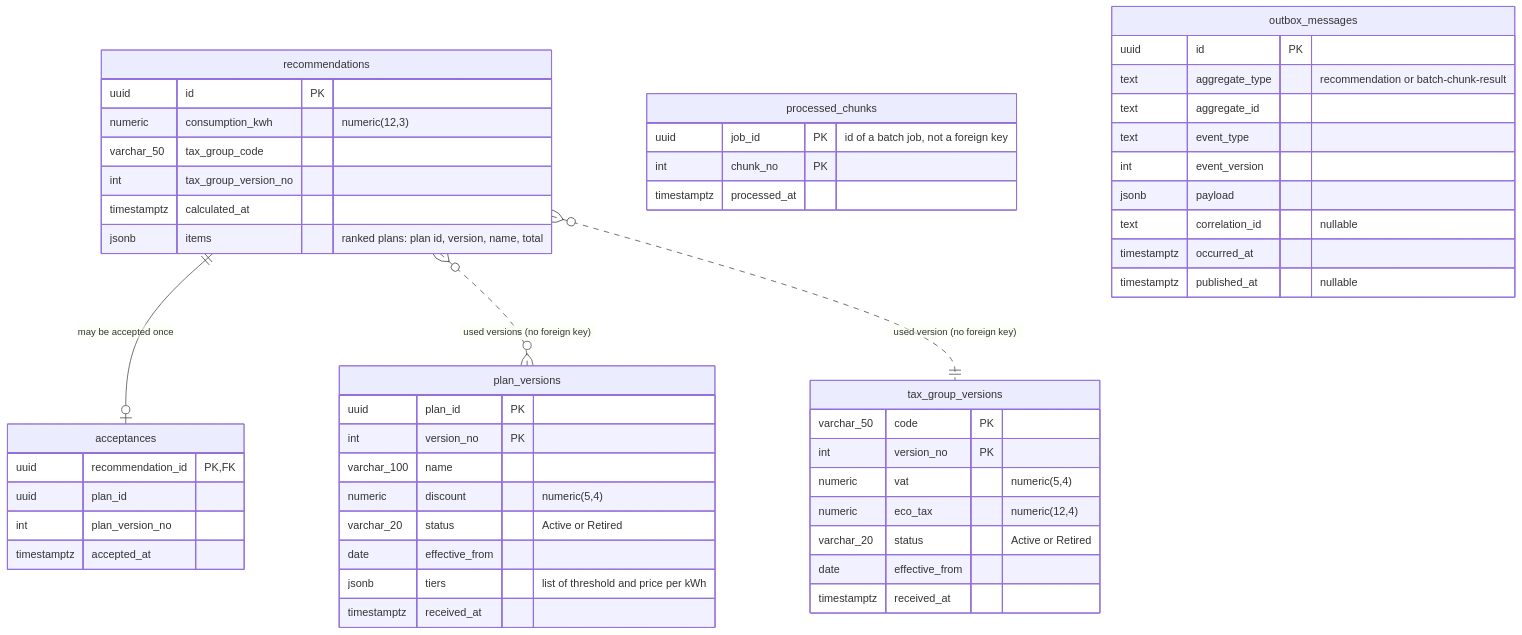
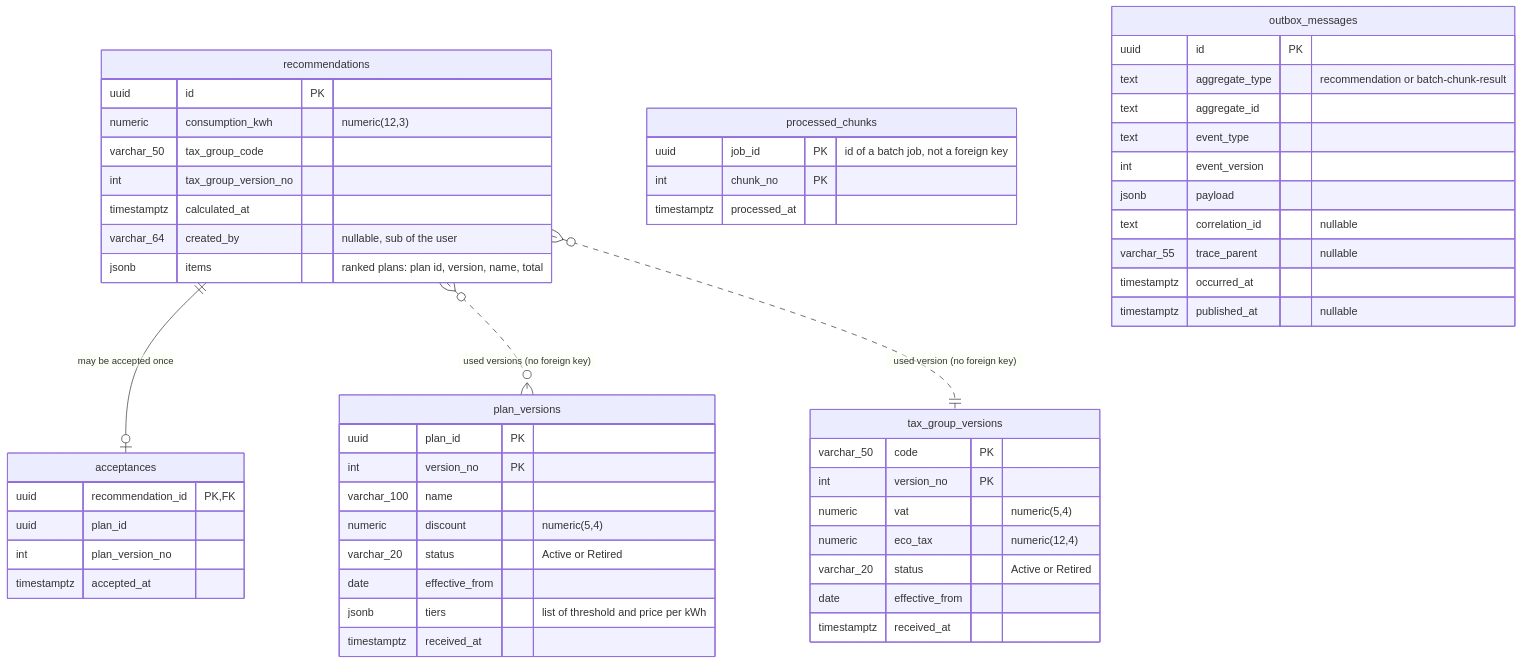
Before and after one commit to bratsale/gridwise: the second of 3 diagrams in docs/architecture/data-model.md, drawn with Mermaid. The commit also changed other lines of this file and 1 other file, not shown here.

Commit message:
docs: update data model and flows for identity, gateway and replay

````diff
--- a/docs/architecture/data-model.md
+++ b/docs/architecture/data-model.md
@@ -90,56 +93,58 @@
 ```mermaid
 erDiagram
     recommendations ||--o| acceptances : "may be accepted once"
     recommendations }o..o{ plan_versions : "used versions (no foreign key)"
     recommendations }o..|| tax_group_versions : "used version (no foreign key)"
 
     plan_versions {
         uuid plan_id PK
         int version_no PK
         varchar_100 name
         numeric discount "numeric(5,4)"
         varchar_20 status "Active or Retired"
         date effective_from
         jsonb tiers "list of threshold and price per kWh"
         timestamptz received_at
     }
     tax_group_versions {
         varchar_50 code PK
         int version_no PK
         numeric vat "numeric(5,4)"
         numeric eco_tax "numeric(12,4)"
         varchar_20 status "Active or Retired"
         date effective_from
         timestamptz received_at
     }
     recommendations {
         uuid id PK
         numeric consumption_kwh "numeric(12,3)"
         varchar_50 tax_group_code
         int tax_group_version_no
         timestamptz calculated_at
+        varchar_64 created_by "nullable, sub of the user"
         jsonb items "ranked plans: plan id, version, name, total"
     }
     acceptances {
         uuid recommendation_id PK, FK
         uuid plan_id
         int plan_version_no
         timestamptz accepted_at
     }
     processed_chunks {
         uuid job_id PK "id of a batch job, not a foreign key"
         int chunk_no PK
         timestamptz processed_at
     }
     outbox_messages {
         uuid id PK
         text aggregate_type "recommendation or batch-chunk-result"
         text aggregate_id
         text event_type
         int event_version
         jsonb payload
         text correlation_id "nullable"
+        varchar_55 trace_parent "nullable"
         timestamptz occurred_at
         timestamptz published_at "nullable"
     }
 ```
````
